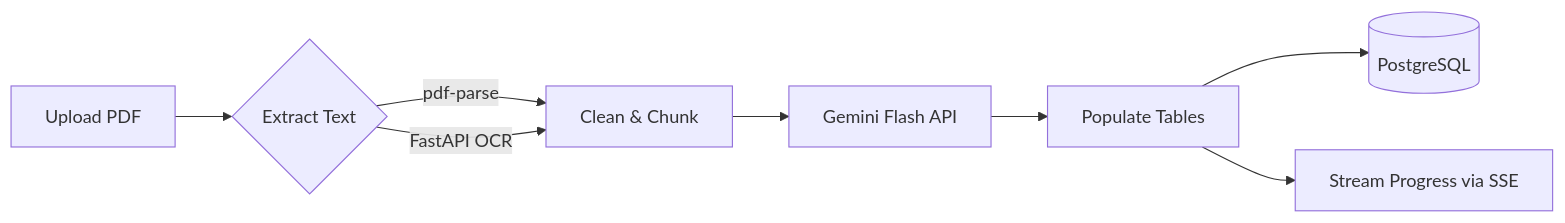
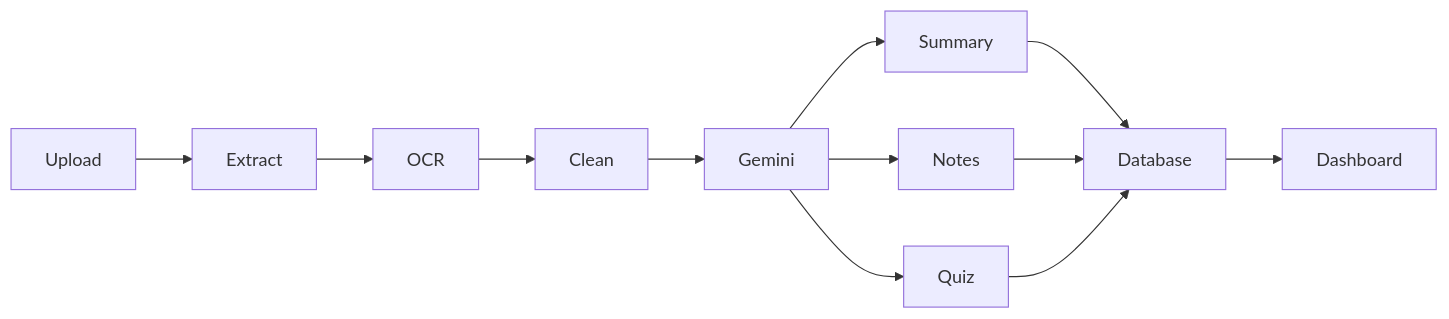
The second of 2 diagrams in README.md (yash-008-dev/yash-008-dev), drawn with Mermaid before and after one commit. The commit also changed other lines of this file, not shown here.

````diff
--- a/README.md
+++ b/README.md
@@ -63,10 +56,15 @@
 ```mermaid
 flowchart LR
-    Upload[Upload PDF] --> Parse{Extract Text}
-    Parse -->|pdf-parse| Clean[Clean & Chunk]
-    Parse -->|FastAPI OCR| Clean
-    Clean --> Gemini[Gemini Flash API]
-    Gemini --> Save[Populate Tables]
-    Save --> DB[(PostgreSQL)]
-    Save --> SSE[Stream Progress via SSE]
+
+Upload --> Extract
+Extract --> OCR
+OCR --> Clean
+Clean --> Gemini
+Gemini --> Summary
+Gemini --> Notes
+Gemini --> Quiz
+Summary --> Database
+Notes --> Database
+Quiz --> Database
+Database --> Dashboard
 ```
````
